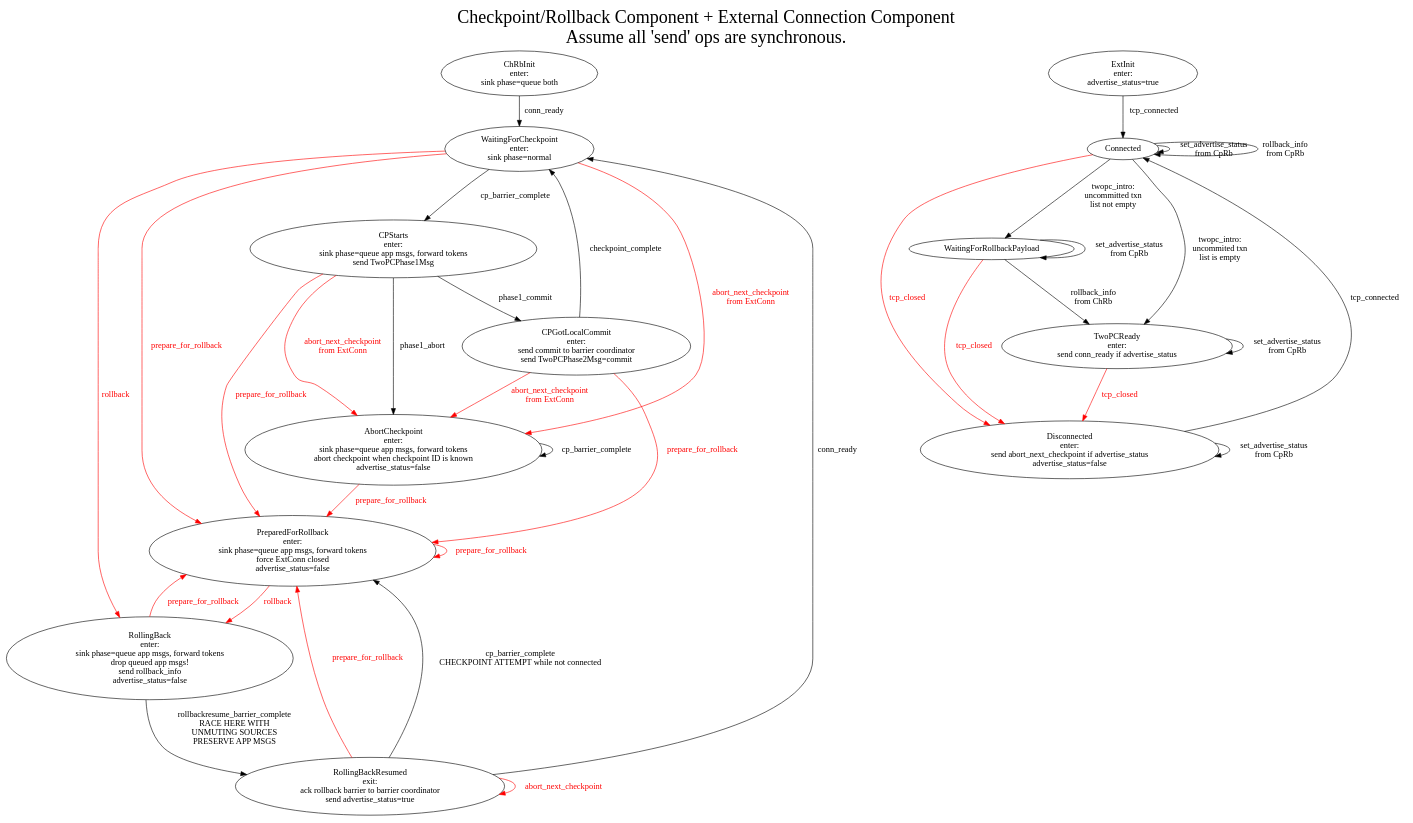
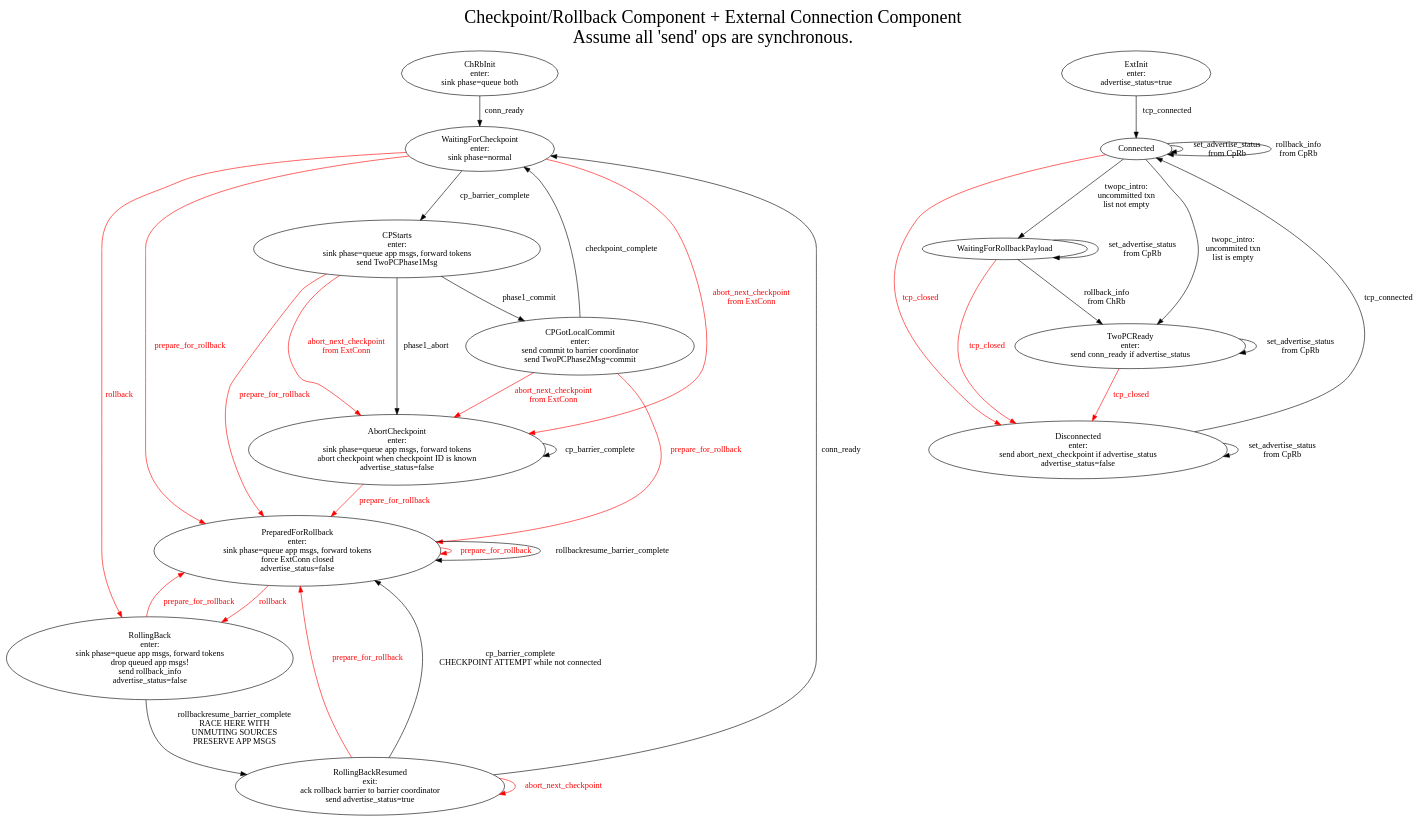
The diagram in lib/wallaroo/core/sink/connector_sink/connector-sink-2pc-management.dot (WallarooLabs/wally), drawn with Graphviz before and after one commit. The commit also changed 1 other file, not shown here.

Commit message:
WIP: Add transition for rare rollbackresume_barrier_complete event in _CpRbPreparedForRollback

```diff
--- a/lib/wallaroo/core/sink/connector_sink/connector-sink-2pc-management.dot
+++ b/lib/wallaroo/core/sink/connector_sink/connector-sink-2pc-management.dot
@@ -1,86 +1,87 @@
 digraph mashup {
     graph [label="Checkpoint/Rollback Component + External Connection Component\nAssume all 'send' ops are synchronous.",labelloc=t,fontsize=30];
 
     ## BEGIN LEFT
     subgraph checkpoint_rollback_component {
 	graph [label="SUB Checkpoint/Rollback Component",labelloc=t,fontsize=20];
 
 	// Subgraphs
 	subgraph init {
             ChRbInit [label="ChRbInit\nenter:\nsink phase=queue both"];
 	}
 	subgraph cp {
             WaitingForCheckpoint [label="WaitingForCheckpoint\nenter:\nsink phase=normal"];
             AbortCheckpoint [label="AbortCheckpoint\nenter:\nsink phase=queue app msgs, forward tokens\nabort checkpoint when checkpoint ID is known\nadvertise_status=false"];
 	}
 	subgraph sacp {
             CPStarts [label="CPStarts\nenter:\nsink phase=queue app msgs, forward tokens\nsend TwoPCPhase1Msg"];
             CPGotLocalCommit [label="CPGotLocalCommit\nenter:\nsend commit to barrier coordinator\nsend TwoPCPhase2Msg=commit"];
             // CPGotGlobalVote; // Can we remove this node?
 
             CPStarts -> CPGotLocalCommit [label="phase1_commit"];
             CPStarts -> AbortCheckpoint [label="phase1_abort"];
             CPGotLocalCommit -> WaitingForCheckpoint [label="checkpoint_complete"];
 	}
 	subgraph rollback {
             PreparedForRollback [label="PreparedForRollback\nenter:\nsink phase=queue app msgs, forward tokens\nforce ExtConn closed\nadvertise_status=false"];
             RollingBack [label="RollingBack\nenter:\nsink phase=queue app msgs, forward tokens\ndrop queued app msgs!\nsend rollback_info\nadvertise_status=false"];
             RollingBackResumed [label="RollingBackResumed\nexit:\nack rollback barrier to barrier coordinator\nsend advertise_status=true"];
 
             PreparedForRollback -> PreparedForRollback [label="prepare_for_rollback",fontcolor=red,color=red];
+            PreparedForRollback -> PreparedForRollback [label="rollbackresume_barrier_complete"];
             PreparedForRollback -> RollingBack [label="rollback",fontcolor=red,color=red];
 	}
 
 	// Other Edges
 	ChRbInit -> WaitingForCheckpoint [label="conn_ready"];
 
 	WaitingForCheckpoint -> CPStarts [label="cp_barrier_complete"];
 	AbortCheckpoint -> AbortCheckpoint [label="cp_barrier_complete"];
 
 	WaitingForCheckpoint -> PreparedForRollback [label="prepare_for_rollback",fontcolor=red,color=red];
 	AbortCheckpoint -> PreparedForRollback [label="prepare_for_rollback",fontcolor=red,color=red];
 	CPStarts -> PreparedForRollback [label="prepare_for_rollback",fontcolor=red,color=red];
 	CPGotLocalCommit -> PreparedForRollback [label="prepare_for_rollback",fontcolor=red,color=red];
 
 	WaitingForCheckpoint -> AbortCheckpoint [label="abort_next_checkpoint\nfrom ExtConn",fontcolor=red,color=red];
 	WaitingForCheckpoint -> RollingBack [label="rollback",fontcolor=red,color=red];
 	CPStarts -> AbortCheckpoint [label="abort_next_checkpoint\nfrom ExtConn",fontcolor=red,color=red];
 	CPGotLocalCommit -> AbortCheckpoint [label="abort_next_checkpoint\nfrom ExtConn",fontcolor=red,color=red];
 
 	RollingBack -> RollingBackResumed [label="rollbackresume_barrier_complete\nRACE HERE WITH\nUNMUTING SOURCES\nPRESERVE APP MSGS"];
 	RollingBack -> PreparedForRollback [label="prepare_for_rollback",fontcolor=red,color=red];
 
 	RollingBackResumed -> RollingBackResumed [label="abort_next_checkpoint",fontcolor=red,color=red];
 	RollingBackResumed -> WaitingForCheckpoint [label="conn_ready"];
 	RollingBackResumed -> PreparedForRollback [label="prepare_for_rollback",fontcolor=red,color=red];
 	RollingBackResumed -> PreparedForRollback [label="cp_barrier_complete\nCHECKPOINT ATTEMPT while not connected"];
     }
     ## END LEFT
 
     ## BEGIN RIGHT
     subgraph external_connection_component {
         graph [label="External Connection Component",labelloc=t,fontsize=30];
 
         ExtInit [label="ExtInit\nenter:\nadvertise_status=true"];
         ExtInit -> Connected [label="tcp_connected"];
         Connected -> Disconnected [label="tcp_closed",fontcolor=red,color=red];
         Connected -> Connected [label="set_advertise_status\nfrom CpRb"];
         Connected -> Connected [label="rollback_info\nfrom CpRb"];
         Disconnected [label="Disconnected\nenter:\nsend abort_next_checkpoint if advertise_status\nadvertise_status=false"];
         Disconnected -> Connected [label="tcp_connected"];
         Disconnected -> Disconnected [label="set_advertise_status\nfrom CpRb"];
         Connected -> WaitingForRollbackPayload [label="twopc_intro:\nuncommitted txn\nlist not empty"];
         Connected -> TwoPCReady [label="twopc_intro:\nuncommited txn\nlist is empty"];
         WaitingForRollbackPayload -> TwoPCReady [label="rollback_info\nfrom ChRb"];
         WaitingForRollbackPayload -> WaitingForRollbackPayload [label="set_advertise_status\nfrom CpRb"];
         WaitingForRollbackPayload -> Disconnected [label="tcp_closed",fontcolor=red,color=red];
 
         TwoPCReady [label="TwoPCReady\nenter:\nsend conn_ready if advertise_status"]
         TwoPCReady -> Disconnected [label="tcp_closed",fontcolor=red,color=red];
         TwoPCReady -> TwoPCReady [label="set_advertise_status\nfrom CpRb"]
     }
     # END RIGHT
 
     {rank=same; ChRbInit; ExtInit; };
     ## {rank=same; Disconnected; RollingBack; ; };
 }
```
